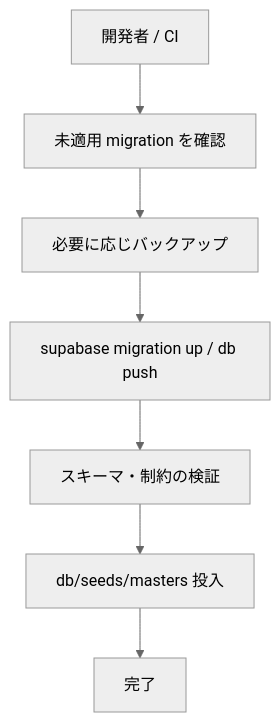
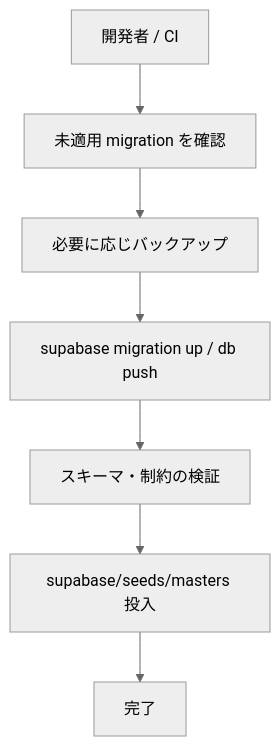
Before and after one commit to ryo-chan-k6/GiftRecommendAPP_MVP_CYCLE_3: the second of 2 diagrams in docs/06_実装設計/database/マイグレーション方針書.md, drawn with Mermaid (neutral theme). The commit also changed other lines of this file and 31 other files, not shown here.

First line of the commit message:
chore(db): master seed 正本を supabase/seeds に移行

````diff
--- a/docs/06_実装設計/database/マイグレーション方針書.md
+++ b/docs/06_実装設計/database/マイグレーション方針書.md
@@ -269,12 +269,12 @@
 ```mermaid
 flowchart TD
   start["開発者 / CI"]
   check["未適用 migration を確認"]
   backup["必要に応じバックアップ"]
   apply["supabase migration up / db push"]
   verify["スキーマ・制約の検証"]
-  seed["db/seeds/masters 投入"]
+  seed["supabase/seeds/masters 投入"]
   done["完了"]
 
   start --> check --> backup --> apply --> verify --> seed --> done
 ```
````
